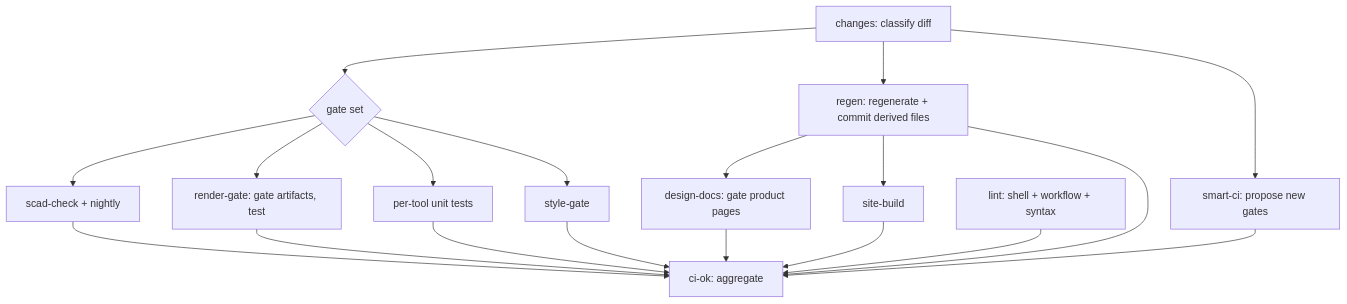
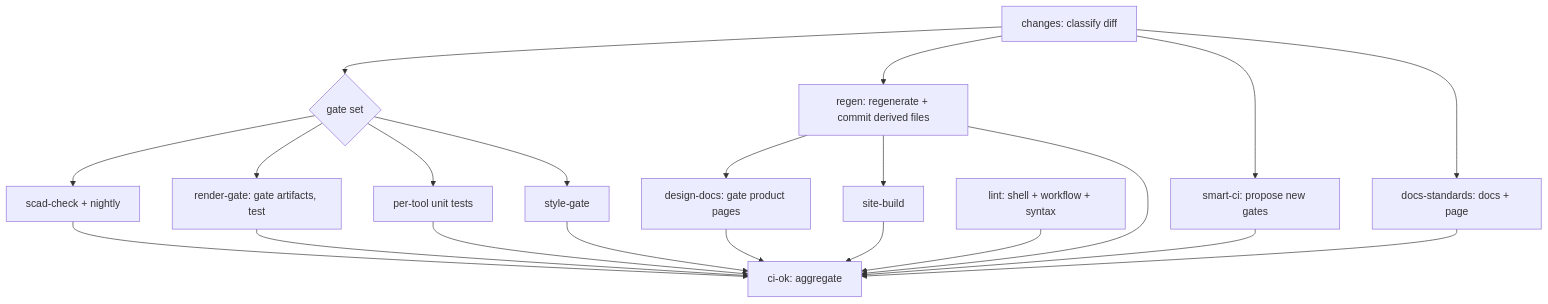
One commit to shaiss/print-bench changed the diagram in docs/architecture/ci-platform.md. Above: the diagram before and after it, drawn with Mermaid. The commit also changed 10 other files, not shown here.

````diff
--- a/docs/architecture/ci-platform.md
+++ b/docs/architecture/ci-platform.md
@@ -37,21 +37,23 @@
 ```mermaid
 flowchart TD
     changes[changes: classify diff] --> gatesel{gate set}
     gatesel --> scad[scad-check + nightly]
     gatesel --> render[render-gate: gate artifacts, test]
     gatesel --> unit[per-tool unit tests]
     gatesel --> stylegate[style-gate]
     changes --> regen[regen: regenerate + commit derived files]
     regen --> docs[design-docs: gate product pages]
     regen --> site[site-build]
     lint[lint: shell + workflow + syntax] --> ok
     changes --> smart[smart-ci: propose new gates]
+    changes --> docsstd[docs-standards: docs + page]
     scad --> ok[ci-ok: aggregate]
     render --> ok
     unit --> ok
     stylegate --> ok
     docs --> ok
     site --> ok
     smart --> ok
     regen --> ok
+    docsstd --> ok
 ```
````
